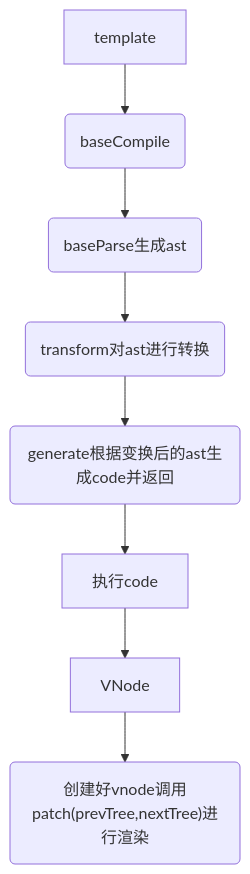
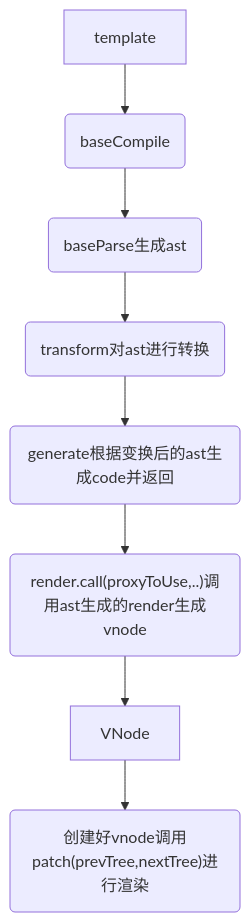
One commit to huiruo/programming-tech-website changed the first of 2 diagrams in programming-tech/Vue概览.md. Above: the diagram before and after it, drawn with Mermaid. The commit also changed other lines of this file and 24 other files, not shown here.

````diff
--- a/programming-tech/Vue概览.md
+++ b/programming-tech/Vue概览.md
@@ -9,5 +19,5 @@
 ```mermaid
 flowchart TD
 
-template-->A1(baseCompile)-->A2(baseParse生成ast)-->A3(transform对ast进行转换)-->A4(generate根据变换后的ast生成code并返回)-->执行code-->VNode-->A5("创建好vnode调用patch(prevTree,nextTree)进行渲染")
+template-->A1(baseCompile)-->A2(baseParse生成ast)-->A3(transform对ast进行转换)-->A4(generate根据变换后的ast生成code并返回)-->A41("render.call(proxyToUse,..)调用ast生成的render生成vnode")-->VNode-->A5("创建好vnode调用patch(prevTree,nextTree)进行渲染")
 ```
````
